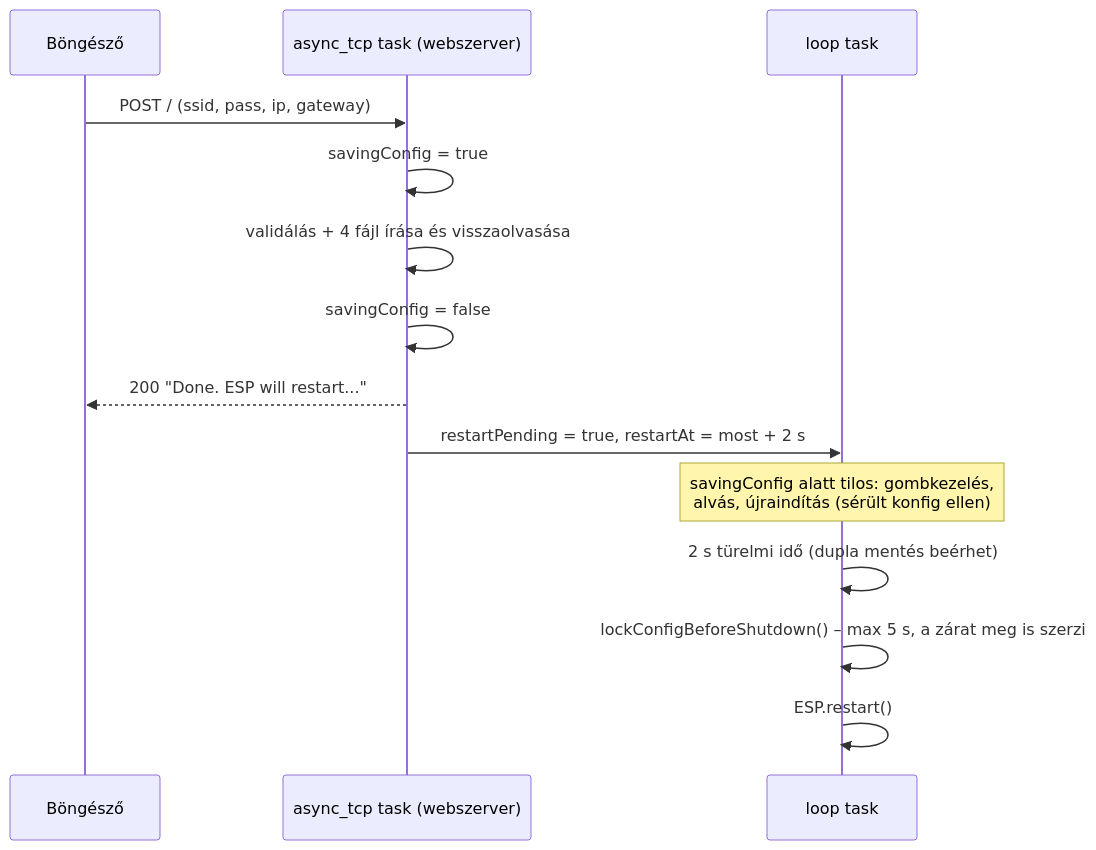
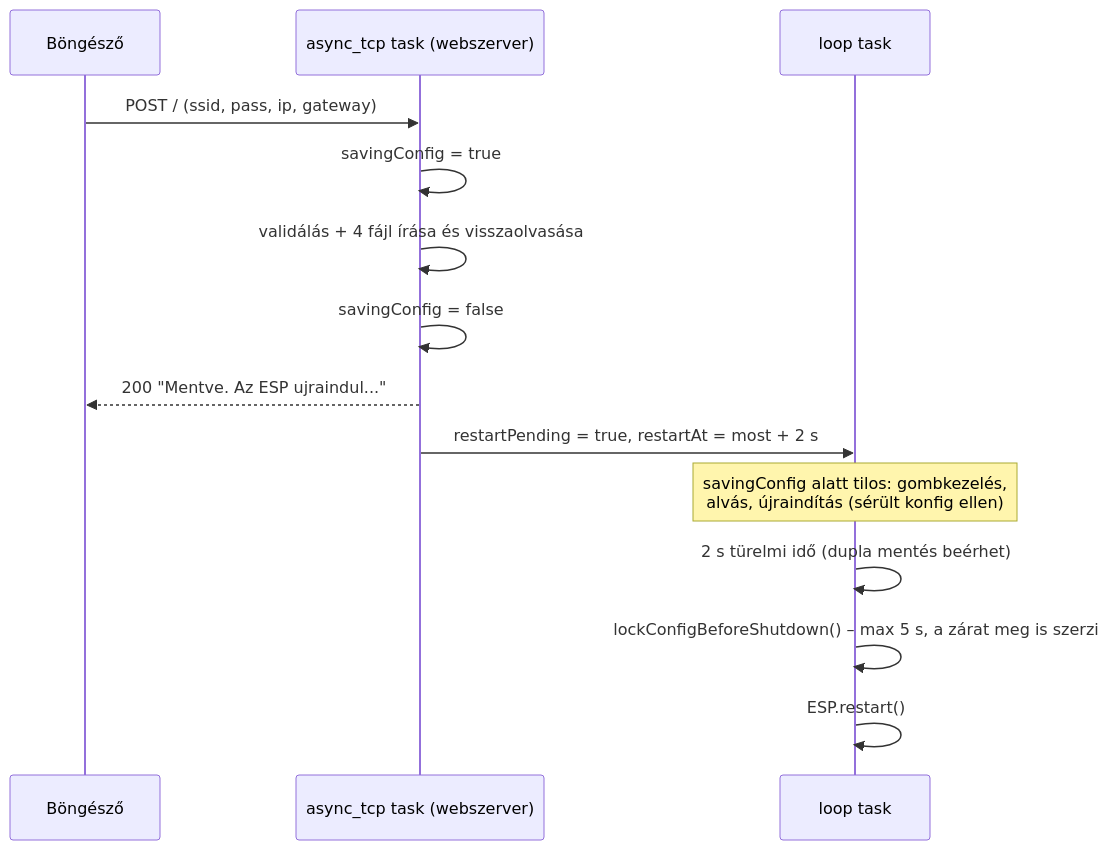
Before and after one commit to manszabi/bazsi-router-reboot: the ninth of 10 diagrams in MUKODES.md, drawn with Mermaid. The commit also changed other lines of this file and 5 other files, not shown here.

````diff
--- a/MUKODES.md
+++ b/MUKODES.md
@@ -2096,16 +2097,16 @@
 ```mermaid
 sequenceDiagram
     participant B as Böngésző
     participant W as async_tcp task (webszerver)
     participant L as loop task
     B->>W: POST / (ssid, pass, ip, gateway)
     W->>W: savingConfig = true
     W->>W: validálás + 4 fájl írása és visszaolvasása
     W->>W: savingConfig = false
-    W-->>B: 200 "Done. ESP will restart..."
+    W-->>B: 200 "Mentve. Az ESP ujraindul..."
     W->>L: restartPending = true, restartAt = most + 2 s
     Note over L: savingConfig alatt tilos: gombkezelés,<br>alvás, újraindítás (sérült konfig ellen)
     L->>L: 2 s türelmi idő (dupla mentés beérhet)
     L->>L: lockConfigBeforeShutdown() – max 5 s, a zárat meg is szerzi
     L->>L: ESP.restart()
 ```
````
